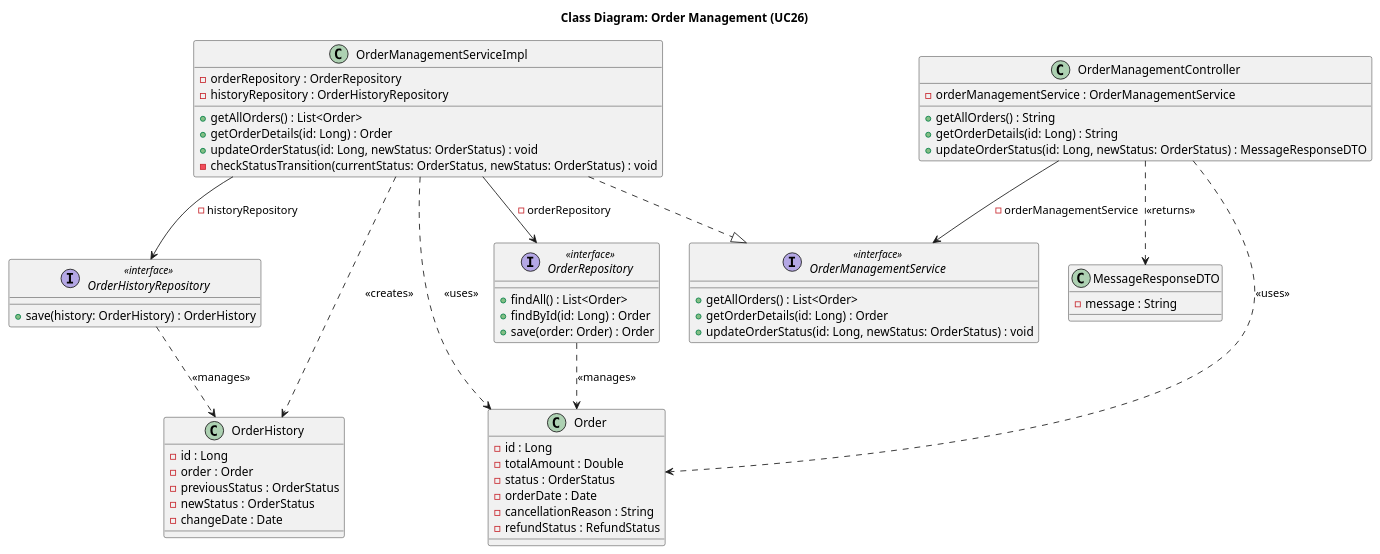
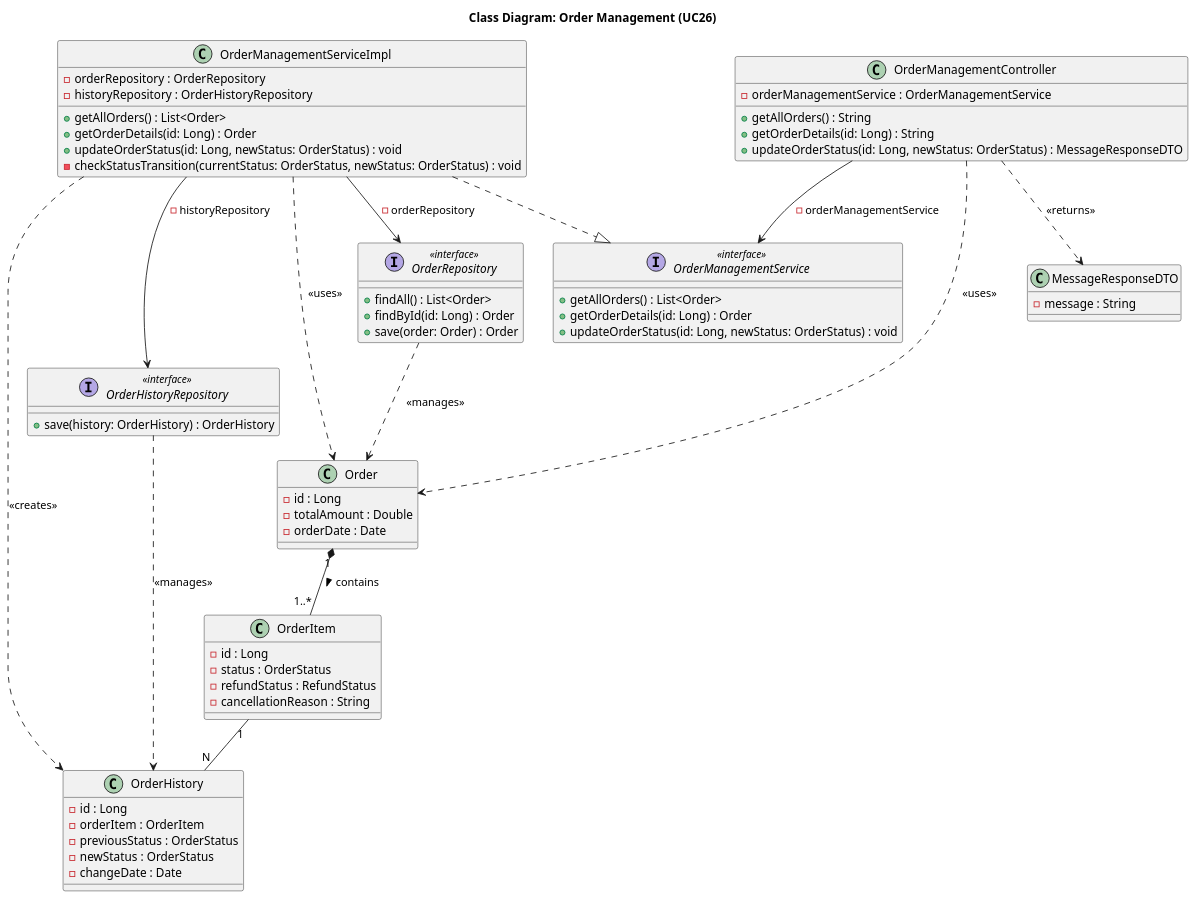
The diagram in src/main/java/org/example/fashionstoresystem/uml/Class/CD26_OrderManagement.puml (Peterdir/fashion-store-system), drawn with PlantUML before and after one commit. The commit also changed 13 other files, not shown here.

Commit message:
Update DTO and UML

```diff
--- a/src/main/java/org/example/fashionstoresystem/uml/Class/CD26_OrderManagement.puml
+++ b/src/main/java/org/example/fashionstoresystem/uml/Class/CD26_OrderManagement.puml
@@ -1,83 +1,90 @@
 @startuml
 title Class Diagram: Order Management (UC26)
 
 ' Controller
 class OrderManagementController {
     - orderManagementService : OrderManagementService
     + getAllOrders() : String
     + getOrderDetails(id: Long) : String
     + updateOrderStatus(id: Long, newStatus: OrderStatus) : MessageResponseDTO
 }
 
 ' Service
 interface OrderManagementService <<interface>> {
     + getAllOrders() : List<Order>
     + getOrderDetails(id: Long) : Order
     + updateOrderStatus(id: Long, newStatus: OrderStatus) : void
 }
 
 class OrderManagementServiceImpl {
     - orderRepository : OrderRepository
     - historyRepository : OrderHistoryRepository
     + getAllOrders() : List<Order>
     + getOrderDetails(id: Long) : Order
     + updateOrderStatus(id: Long, newStatus: OrderStatus) : void
     - checkStatusTransition(currentStatus: OrderStatus, newStatus: OrderStatus) : void
 }
 
 ' Repository
 interface OrderRepository <<interface>> {
     + findAll() : List<Order>
     + findById(id: Long) : Order
     + save(order: Order) : Order
 }
 
 interface OrderHistoryRepository <<interface>> {
     + save(history: OrderHistory) : OrderHistory
 }
 
 ' DTO
 
 class MessageResponseDTO {
     - message : String
 }
 
 ' Entity
 
 class Order {
     - id : Long
     - totalAmount : Double
+    - orderDate : Date
+}
+
+class OrderItem {
+    - id : Long
     - status : OrderStatus
-    - orderDate : Date
+    - refundStatus : RefundStatus
     - cancellationReason : String
-    - refundStatus : RefundStatus
 }
 
 class OrderHistory {
     - id : Long
-    - order : Order
+    - orderItem : OrderItem
     - previousStatus : OrderStatus
     - newStatus : OrderStatus
     - changeDate : Date
 }
+
+Order "1" *-- "1..*" OrderItem : contains >
+OrderItem "1" -- "N" OrderHistory
 
 ' Relationships
 
 ' Implementation
 OrderManagementServiceImpl ..|> OrderManagementService
 
 ' Dependency Injection
 OrderManagementController --> OrderManagementService : - orderManagementService
 OrderManagementServiceImpl --> OrderRepository : - orderRepository
 OrderManagementServiceImpl --> OrderHistoryRepository : - historyRepository
 
 ' Object Usage
 OrderManagementController ..> Order : <<uses>>
 OrderManagementController ..> MessageResponseDTO : <<returns>>
 OrderManagementServiceImpl ..> Order : <<uses>>
 OrderRepository ..> Order : <<manages>>
 
 OrderManagementServiceImpl ..> OrderHistory : <<creates>>
 OrderHistoryRepository ..> OrderHistory : <<manages>>
 
 @enduml
```
